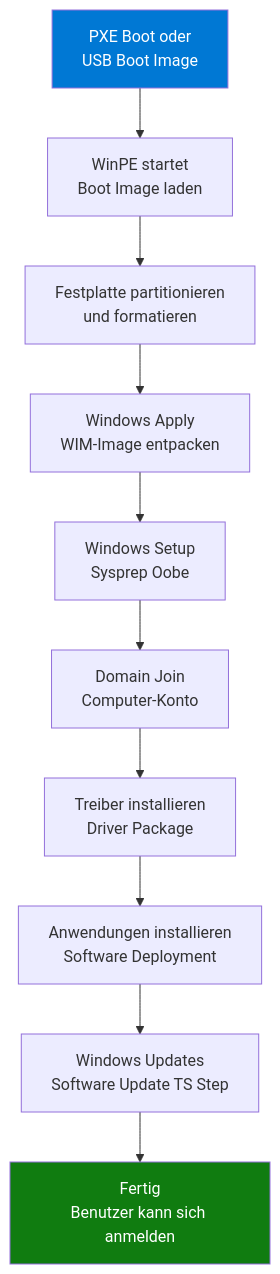
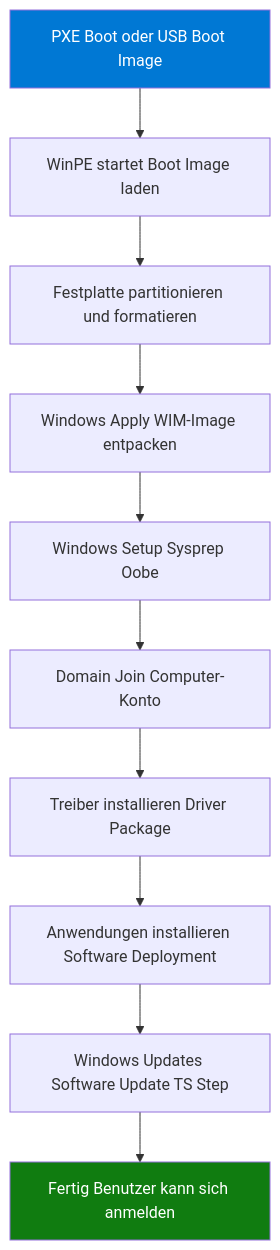
The fourth of 5 diagrams in Microsoft 365/System Center/MECM Software Deployment.md (SoniiiT/notes-n-docs), drawn with Mermaid before and after one commit. The commit also changed other lines of this file and 124 other files, not shown here.

First line of the commit message:
fix: Entferne \n aus allen Mermaid-Diagrammen (125 Dateien)

````diff
--- a/Microsoft 365/System Center/MECM Software Deployment.md
+++ b/Microsoft 365/System Center/MECM Software Deployment.md
@@ -147,15 +147,15 @@
 ```mermaid
 flowchart TD
-    PXE[PXE Boot oder\nUSB Boot Image] --> WinPE[WinPE startet\nBoot Image laden]
-    WinPE --> PART[Festplatte partitionieren\nund formatieren]
-    PART --> APPLY[Windows Apply\nWIM-Image entpacken]
-    APPLY --> SETUP[Windows Setup\nSysprep Oobe]
-    SETUP --> DOMAIN[Domain Join\nComputer-Konto]
-    DOMAIN --> DRIVER[Treiber installieren\nDriver Package]
-    DRIVER --> APPS[Anwendungen installieren\nSoftware Deployment]
-    APPS --> UPDATES[Windows Updates\nSoftware Update TS Step]
-    UPDATES --> DONE[Fertig\nBenutzer kann sich anmelden]
+    PXE[PXE Boot oder USB Boot Image] --> WinPE[WinPE startet Boot Image laden]
+    WinPE --> PART[Festplatte partitionieren und formatieren]
+    PART --> APPLY[Windows Apply WIM-Image entpacken]
+    APPLY --> SETUP[Windows Setup Sysprep Oobe]
+    SETUP --> DOMAIN[Domain Join Computer-Konto]
+    DOMAIN --> DRIVER[Treiber installieren Driver Package]
+    DRIVER --> APPS[Anwendungen installieren Software Deployment]
+    APPS --> UPDATES[Windows Updates Software Update TS Step]
+    UPDATES --> DONE[Fertig Benutzer kann sich anmelden]
 
     style PXE fill:#0078D4,color:#fff
     style DONE fill:#107C10,color:#fff
 ```
````
